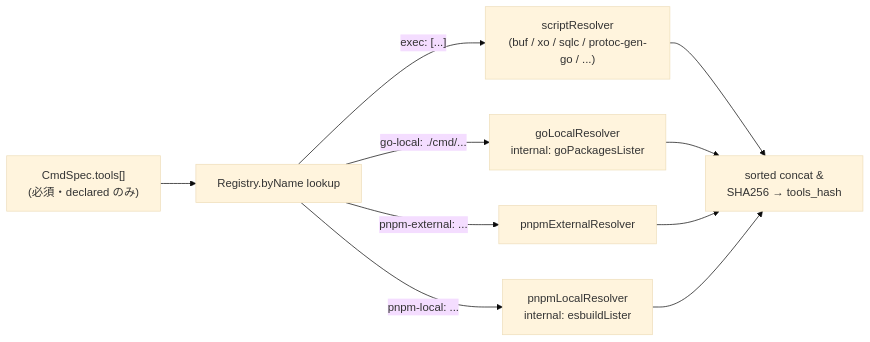
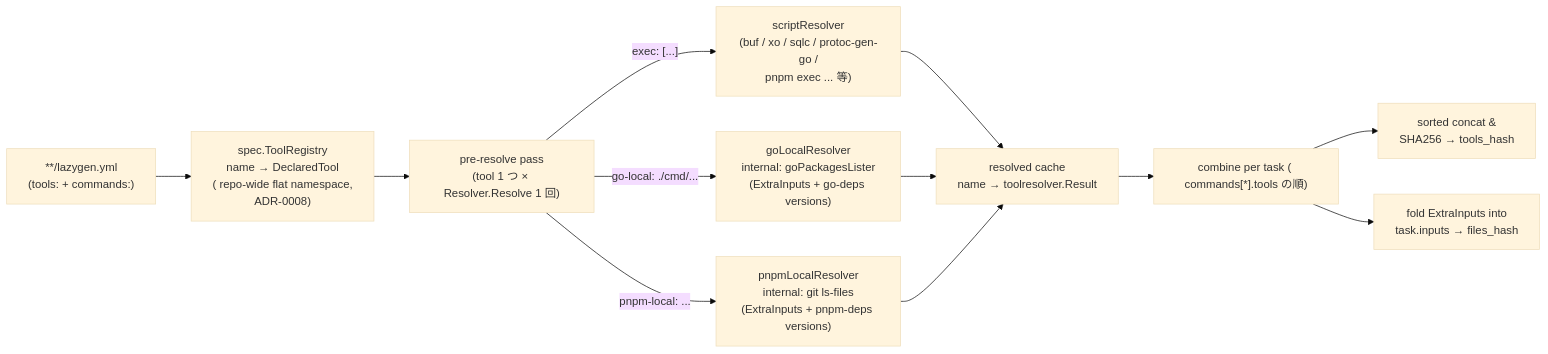
Before and after one commit to izumin5210/sloff: the second of 3 diagrams in docs/design/architecture.md, drawn with Mermaid (base theme). The commit also changed other lines of this file and 144 other files, not shown here.

First line of the commit message:
feat(toolresolver): pnpm-local resolver + named tools + cmd-owned build (#10)

````diff
--- a/docs/design/architecture.md
+++ b/docs/design/architecture.md
@@ -317,12 +322,14 @@
 ```mermaid
 flowchart LR
-    SPEC["CmdSpec.tools[]<br/>(必須・declared のみ)"] --> DISP["Registry.byName lookup"]
-    DISP -->|"exec: [...]"| SCRIPT["scriptResolver<br/>(buf / xo / sqlc / protoc-gen-go / ...)"]
-    DISP -->|"go-local: ./cmd/..."| GOLOC["goLocalResolver<br/>internal: goPackagesLister"]
-    DISP -->|"pnpm-external: ..."| PNPMEXT["pnpmExternalResolver"]
-    DISP -->|"pnpm-local: ..."| PNPMLOC["pnpmLocalResolver<br/>internal: esbuildLister"]
-    SCRIPT --> CONCAT["sorted concat &<br/>SHA256 → tools_hash"]
-    GOLOC --> CONCAT
-    PNPMEXT --> CONCAT
-    PNPMLOC --> CONCAT
+    YAML["**/lazygen.yml<br/>(tools: + commands:)"] --> REG["spec.ToolRegistry<br/>name → DeclaredTool<br/>( repo-wide flat namespace,<br/>ADR-0008)"]
+    REG --> PRE["pre-resolve pass<br/>(tool 1 つ × Resolver.Resolve 1 回)"]
+    PRE -->|"exec: [...]"| SCRIPT["scriptResolver<br/>(buf / xo / sqlc / protoc-gen-go /<br/>pnpm exec ... 等)"]
+    PRE -->|"go-local: ./cmd/..."| GOLOC["goLocalResolver<br/>internal: goPackagesLister<br/>(ExtraInputs + go-deps versions)"]
+    PRE -->|"pnpm-local: ..."| PNPMLOC["pnpmLocalResolver<br/>internal: git ls-files<br/>(ExtraInputs + pnpm-deps versions)"]
+    SCRIPT --> CACHE["resolved cache<br/>name → toolresolver.Result"]
+    GOLOC --> CACHE
+    PNPMLOC --> CACHE
+    CACHE --> COMBINE["combine per task ( commands[*].tools の順)"]
+    COMBINE --> CONCAT["sorted concat &<br/>SHA256 → tools_hash"]
+    COMBINE --> INPUTS["fold ExtraInputs into<br/>task.inputs → files_hash"]
 ```
````
